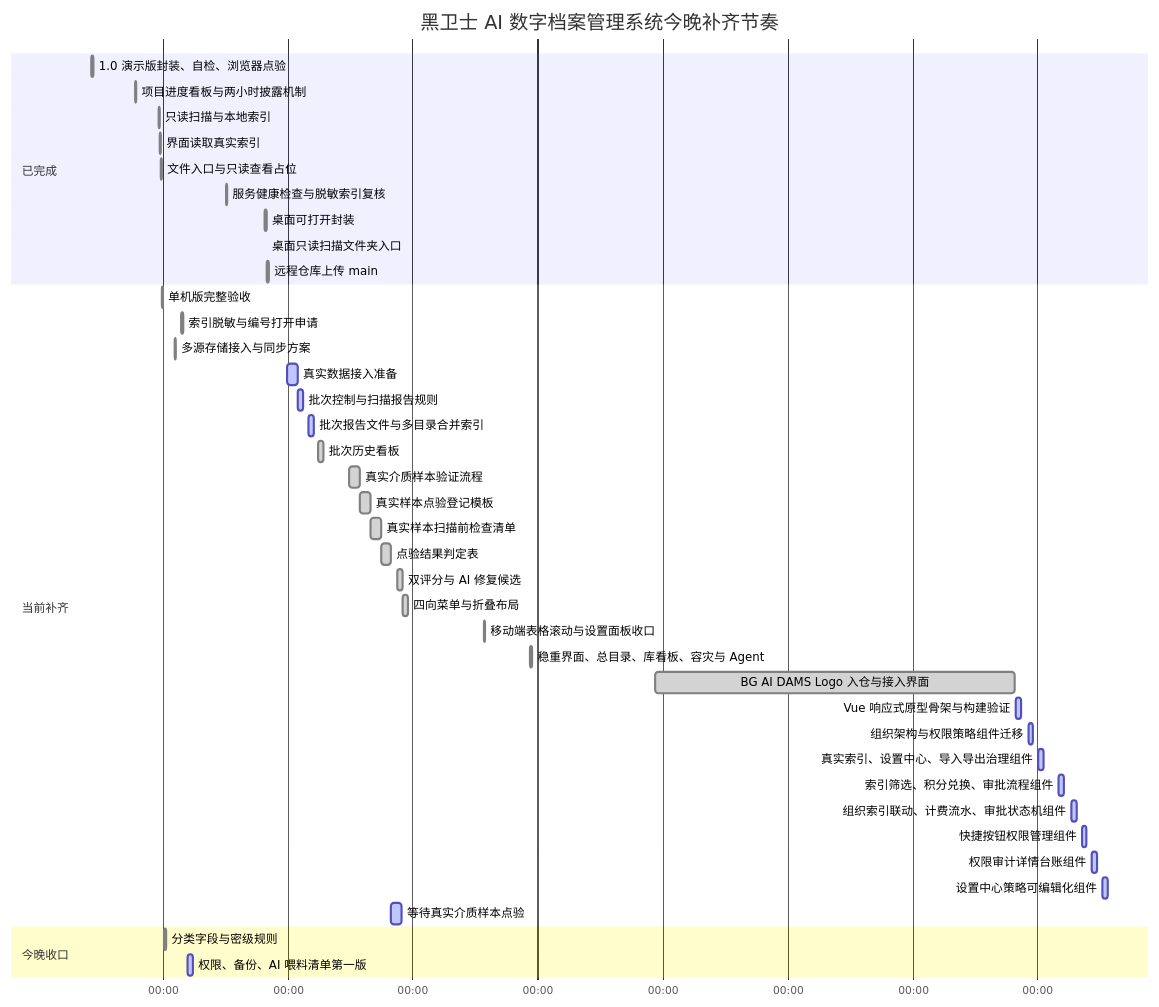
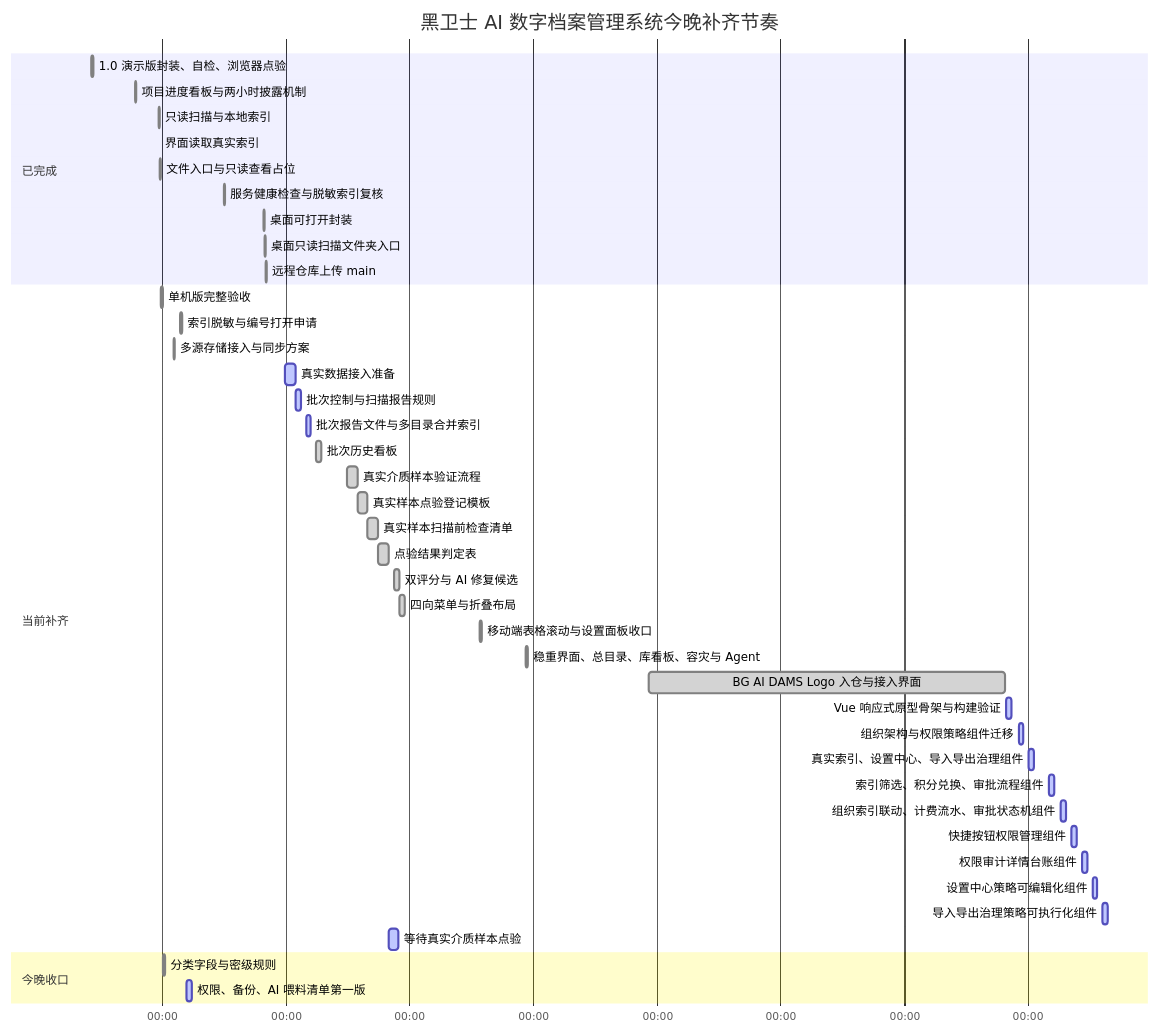
One commit to okalexhohongkong/Alex-Code-Repository changed the diagram in 项目进度看板.md. Above: the diagram before and after it, drawn with Mermaid. The commit also changed other lines of this file and 11 other files, not shown here.

````diff
--- a/项目进度看板.md
+++ b/项目进度看板.md
@@ -26,48 +27,49 @@
 ```mermaid
 gantt
   title 黑卫士 AI 数字档案管理系统今晚补齐节奏
   dateFormat  YYYY-MM-DD HH:mm
   axisFormat  %H:%M
 
   section 已完成
   1.0 演示版封装、自检、浏览器点验        :done, demo-1, 2026-06-21 20:30, 1h
   项目进度看板与两小时披露机制             :done, demo-2, 2026-06-22 13:30, 25m
   只读扫描与本地索引                      :done, local-2, 2026-06-22 22:30, 25m
   界面读取真实索引                        :done, local-3, 2026-06-22 22:55, 20m
   文件入口与只读查看占位                   :done, local-4, 2026-06-22 23:05, 25m
   服务健康检查与脱敏索引复核                :done, local-health, 2026-06-24 00:10, 20m
   桌面可打开封装                           :done, desktop-1, 2026-06-24 15:10, 35m
   桌面只读扫描文件夹入口                    :done, desktop-2, 2026-06-24 15:43, 20m
   远程仓库上传 main                         :done, remote-1, 2026-06-24 16:00, 45m
 
   section 当前补齐
   单机版完整验收                          :done, local-5, 2026-06-22 23:35, 35m
   索引脱敏与编号打开申请                   :done, local-6, 2026-06-23 07:10, 35m
   多源存储接入与同步方案                   :done, storage-1, 2026-06-23 04:30, 35m
   真实数据接入准备                         :active, intake-1, 2026-06-24 23:42, 4h
   批次控制与扫描报告规则                   :active, intake-2, 2026-06-25 03:44, 2h
   批次报告文件与多目录合并索引              :active, intake-3, 2026-06-25 07:47, 2h
   批次历史看板                            :done, intake-4, 2026-06-25 11:50, 2h
   真实介质样本验证流程                    :done, intake-5, 2026-06-25 23:45, 4h
   真实样本点验登记模板                    :done, intake-6, 2026-06-26 03:46, 4h
   真实样本扫描前检查清单                  :done, intake-7, 2026-06-26 07:46, 4h
   点验结果判定表                          :done, intake-8, 2026-06-26 11:46, 4h
   双评分与 AI 修复候选                    :done, ui-score-1, 2026-06-26 18:00, 2h
   四向菜单与折叠布局                      :done, ui-menu-1, 2026-06-26 20:00, 2h
   移动端表格滚动与设置面板收口              :done, ui-mobile-1, 2026-06-28 03:20, 35m
   稳重界面、总目录、库看板、容灾与 Agent     :done, ui-search-1, 2026-06-28 21:00, 1h
   BG AI DAMS Logo 入仓与接入界面              :done, brand-1, 2026-06-30 21:00, 2026-07-06 15:10
   Vue 响应式原型骨架与构建验证                  :active, vue-1, 2026-07-06 15:40, 2h
   组织架构与权限策略组件迁移                    :active, vue-2, 2026-07-06 20:20, 2h
   真实索引、设置中心、导入导出治理组件             :active, vue-3, 2026-07-07 00:20, 2h
   索引筛选、积分兑换、审批流程组件                 :active, vue-4, 2026-07-07 08:10, 2h
   组织索引联动、计费流水、审批状态机组件             :active, vue-5, 2026-07-07 12:50, 2h
   快捷按钮权限管理组件                            :active, vue-6, 2026-07-07 16:55, 2h
   权限审计详情台账组件                            :active, vue-7, 2026-07-07 20:55, 2h
   设置中心策略可编辑化组件                          :active, vue-8, 2026-07-08 00:56, 2h
+  导入导出治理策略可执行化组件                       :active, vue-9, 2026-07-08 04:56, 2h
   等待真实介质样本点验                    :active, intake-9, 2026-06-26 15:46, 4h
 
   section 今晚收口
   分类字段与密级规则                       :done, class-1, 2026-06-23 00:30, 45m
   权限、备份、AI 喂料清单第一版             :active, class-2, 2026-06-23 09:30, 2h
 ```
````
